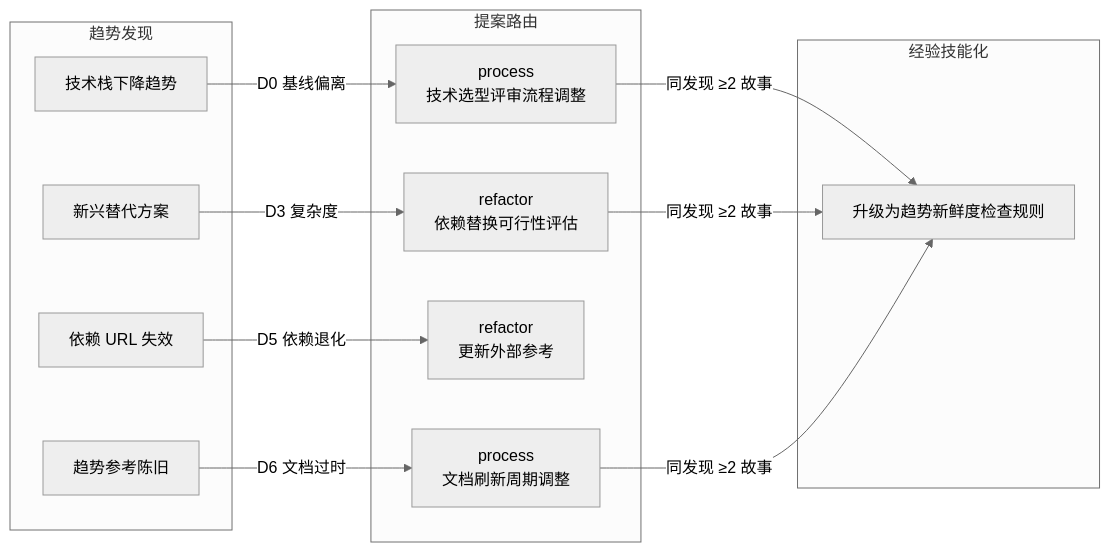
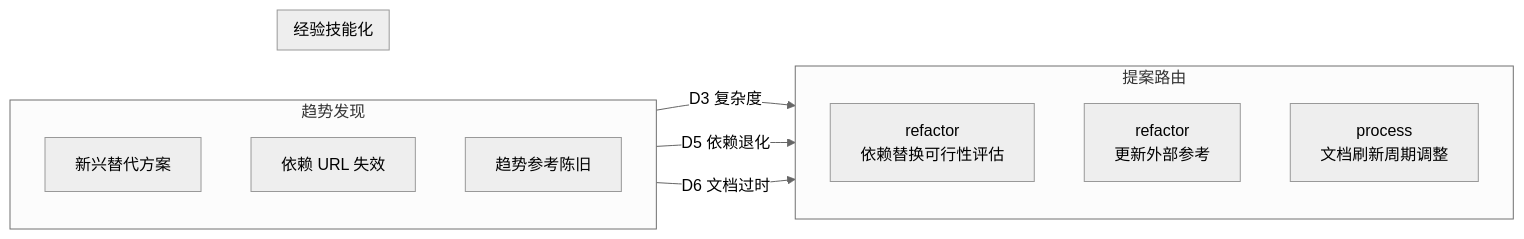
One commit to effiy/YrY changed the third of 4 diagrams in skills/rui-trends/SKILL.md. Above: the diagram before and after it, drawn with Mermaid (neutral theme). The commit also changed other lines of this file and 42 other files, not shown here.

First line of the commit message:
feat: apply Mermaid authoring rules (M1-M12) across entire codebase

````diff
--- a/skills/rui-trends/SKILL.md
+++ b/skills/rui-trends/SKILL.md
@@ -171,21 +181,22 @@
 ```mermaid
 flowchart LR
     subgraph 发现["趋势发现"]
-        F1["技术栈下降趋势"]:::find
+        direction TB
         F2["新兴替代方案"]:::find
         F3["依赖 URL 失效"]:::find
         F4["趋势参考陈旧"]:::find
     end
 
     subgraph 路由["提案路由"]
-        F1 -->|"D0 基线偏离"| PRC["process<br/>技术选型评审流程调整"]:::prop
+        direction TB
         F2 -->|"D3 复杂度"| REF["refactor<br/>依赖替换可行性评估"]:::prop
         F3 -->|"D5 依赖退化"| REF2["refactor<br/>更新外部参考"]:::prop
         F4 -->|"D6 文档过时"| PRC2["process<br/>文档刷新周期调整"]:::prop
     end
 
     subgraph 升级["经验技能化"]
-        PRC & REF & PRC2 -->|"同发现 ≥2 故事"| UP["升级为趋势新鲜度检查规则"]:::up
+        direction TB
     end
 
+
 ```
````
